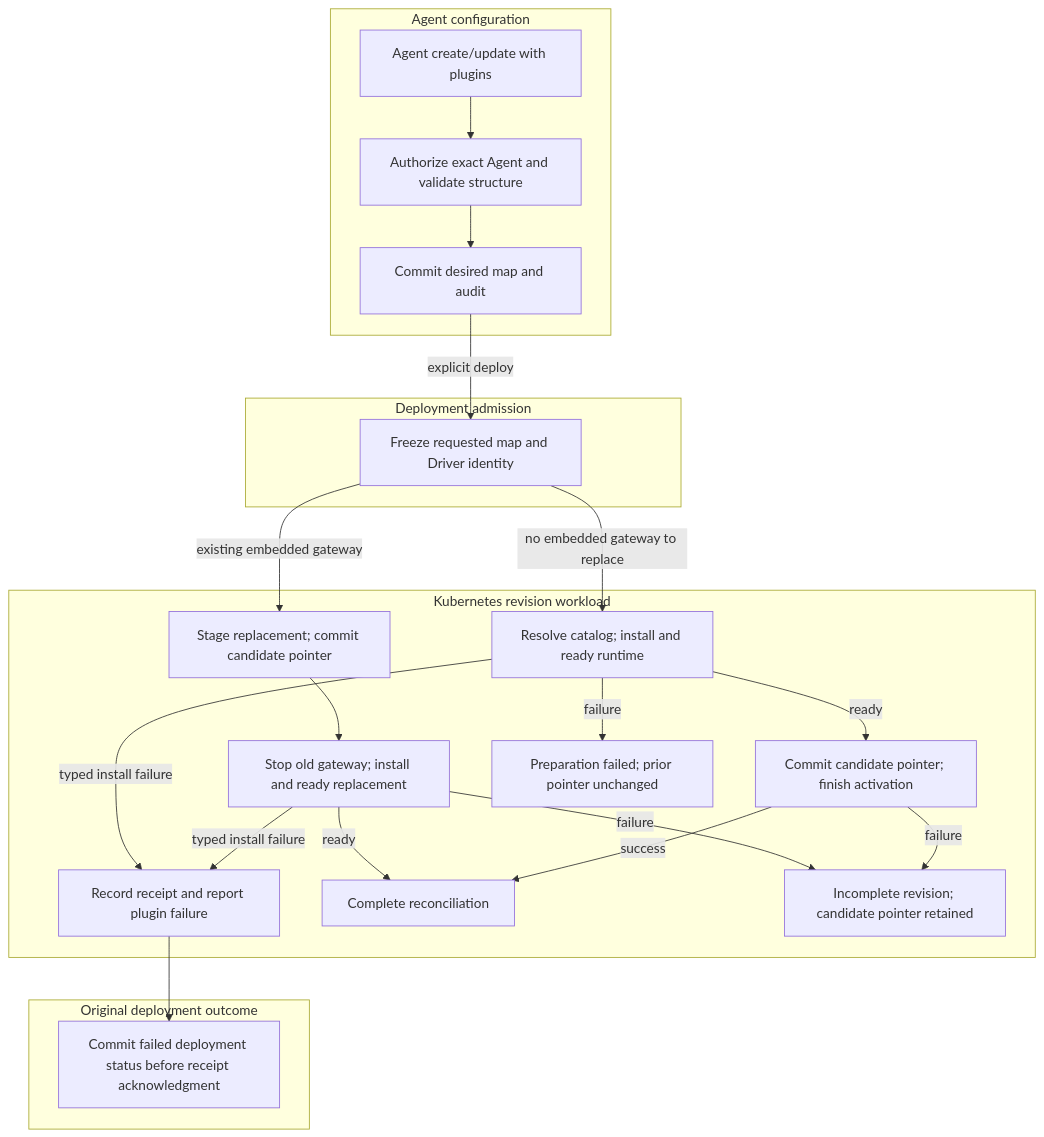
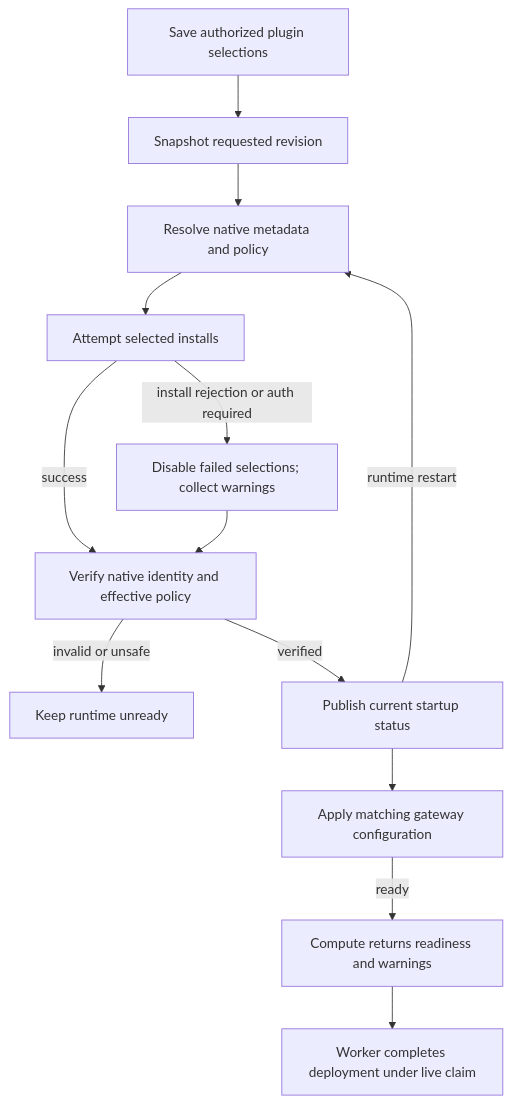
One commit to openclaw/openclaw-enterprise changed the diagram in docs/flows/agent-plugins.md. Above: the diagram before and after it, drawn with Mermaid. The commit also changed other lines of this file and 42 other files, not shown here.

Commit message:
Make optional plugin installation failures deployment warnings

````diff
--- a/docs/flows/agent-plugins.md
+++ b/docs/flows/agent-plugins.md
@@ -33,26 +33,15 @@
 ```mermaid
 graph TD
-  subgraph API["Agent configuration"]
-    A["Agent create/update with plugins"] --> B["Authorize exact Agent and validate structure"]
-    B --> C["Commit desired map and audit"]
-  end
-  subgraph OCC["Deployment admission"]
-    C -->|explicit deploy| D["Freeze requested map and Driver identity"]
-  end
-  subgraph Compute["Kubernetes revision workload"]
-    D -->|existing embedded gateway| R["Stage replacement; commit candidate pointer"]
-    R --> S["Stop old gateway; install and ready replacement"]
-    D -->|no embedded gateway to replace| F["Resolve catalog; install and ready runtime"]
-    F -->|typed install failure| X["Record receipt and report plugin failure"]
-    F -->|ready| G["Commit candidate pointer; finish activation"]
-    F -->|failure| H["Preparation failed; prior pointer unchanged"]
-    S -->|ready| I["Complete reconciliation"]
-    S -->|typed install failure| X
-    G -->|success| I
-    S -->|failure| J["Incomplete revision; candidate pointer retained"]
-    G -->|failure| J
-  end
-  subgraph OCCOutcome["Original deployment outcome"]
-    X --> Y["Commit failed deployment status before receipt acknowledgment"]
-  end
+  A["Save authorized plugin selections"] --> B["Snapshot requested revision"]
+  B --> C["Resolve native metadata and policy"]
+  C --> D["Attempt selected installs"]
+  D -->|install rejection or auth required| E["Disable failed selections; collect warnings"]
+  D -->|success| F["Verify native identity and effective policy"]
+  E --> F
+  F -->|invalid or unsafe| X["Keep runtime unready"]
+  F -->|verified| G["Publish current startup status"]
+  G --> H["Apply matching gateway configuration"]
+  H -->|ready| I["Compute returns readiness and warnings"]
+  I --> J["Worker completes deployment under live claim"]
+  G -->|runtime restart| C
 ```
````
